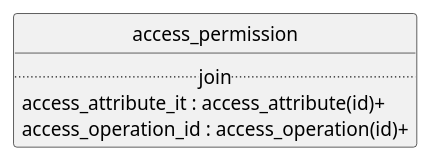
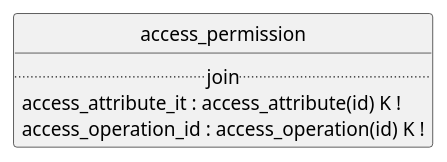
Before and after one commit to contactopensource/contactopensource: the diagram in api/access_permission/uml.plantuml, drawn with PlantUML. The commit also changed 111 other files, not shown here.

```diff
--- a/api/access_permission/uml.plantuml
+++ b/api/access_permission/uml.plantuml
@@ -1,12 +1,12 @@
 @startuml uml
 skinparam monochrome true
 skinparam linetype ortho
 hide circle
 
 entity access_permission {
   .. join ..
-  access_attribute_it : access_attribute(id)+
-  access_operation_id : access_operation(id)+
+  access_attribute_it : access_attribute(id) K !
+  access_operation_id : access_operation(id) K !
 }
 
 @enduml
```
